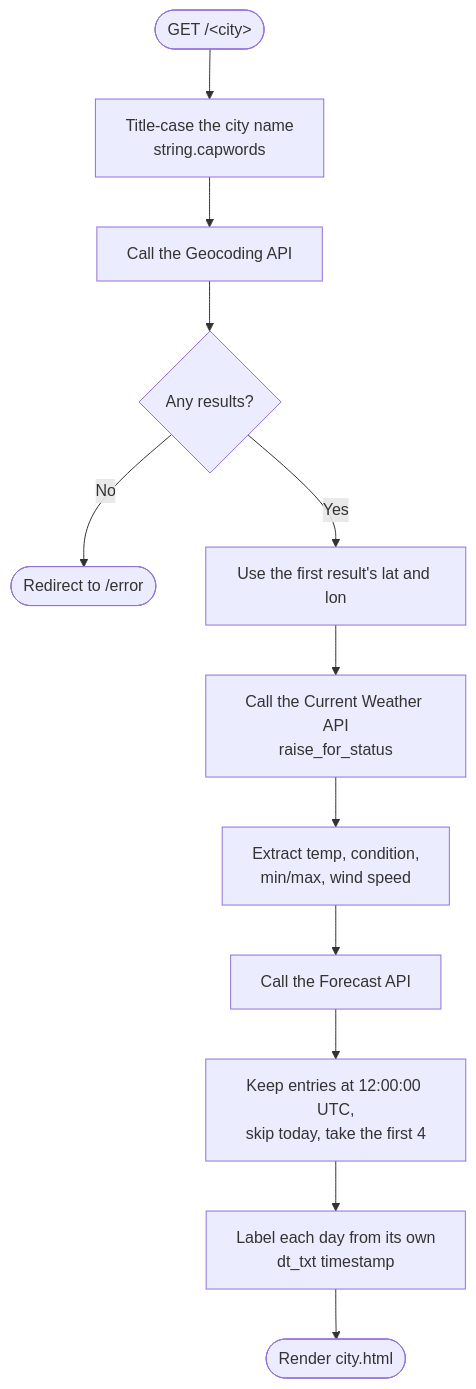
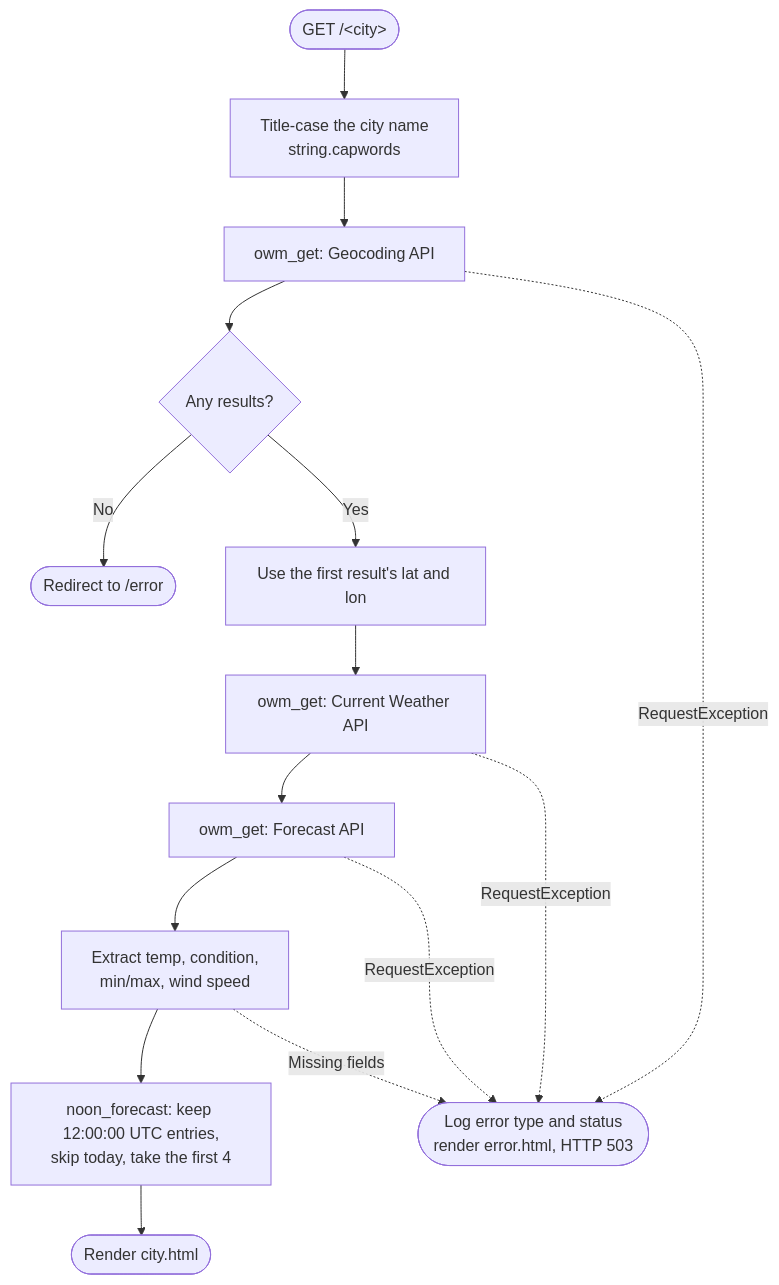
One commit to kousen/claude-code-training changed the third of 4 diagrams in exercises/python/weather-app/ARCHITECTURE.md. Above: the diagram before and after it, drawn with Mermaid. The commit also changed other lines of this file and 4 other files, not shown here.

````diff
--- a/exercises/python/weather-app/ARCHITECTURE.md
+++ b/exercises/python/weather-app/ARCHITECTURE.md
@@ -112,14 +121,17 @@
 ```mermaid
 flowchart TD
     start(["GET /#lt;city#gt;"]) --> fmt["Title-case the city name<br/>string.capwords"]
-    fmt --> geo["Call the Geocoding API"]
+    fmt --> geo["owm_get: Geocoding API"]
     geo --> found{"Any results?"}
     found -- "No" --> err(["Redirect to /error"])
     found -- "Yes" --> coords["Use the first result's lat and lon"]
-    coords --> cur["Call the Current Weather API<br/>raise_for_status"]
-    cur --> extract["Extract temp, condition,<br/>min/max, wind speed"]
-    extract --> fc["Call the Forecast API"]
-    fc --> filter["Keep entries at 12:00:00 UTC,<br/>skip today, take the first 4"]
-    filter --> label["Label each day from its own<br/>dt_txt timestamp"]
-    label --> render(["Render city.html"])
+    coords --> cur["owm_get: Current Weather API"]
+    cur --> fc["owm_get: Forecast API"]
+    fc --> extract["Extract temp, condition,<br/>min/max, wind speed"]
+    extract --> filter["noon_forecast: keep 12:00:00 UTC entries,<br/>skip today, take the first 4"]
+    filter --> render(["Render city.html"])
+    geo -. "RequestException" .-> fail(["Log error type and status<br/>render error.html, HTTP 503"])
+    cur -. "RequestException" .-> fail
+    fc -. "RequestException" .-> fail
+    extract -. "Missing fields" .-> fail
 ```
````
